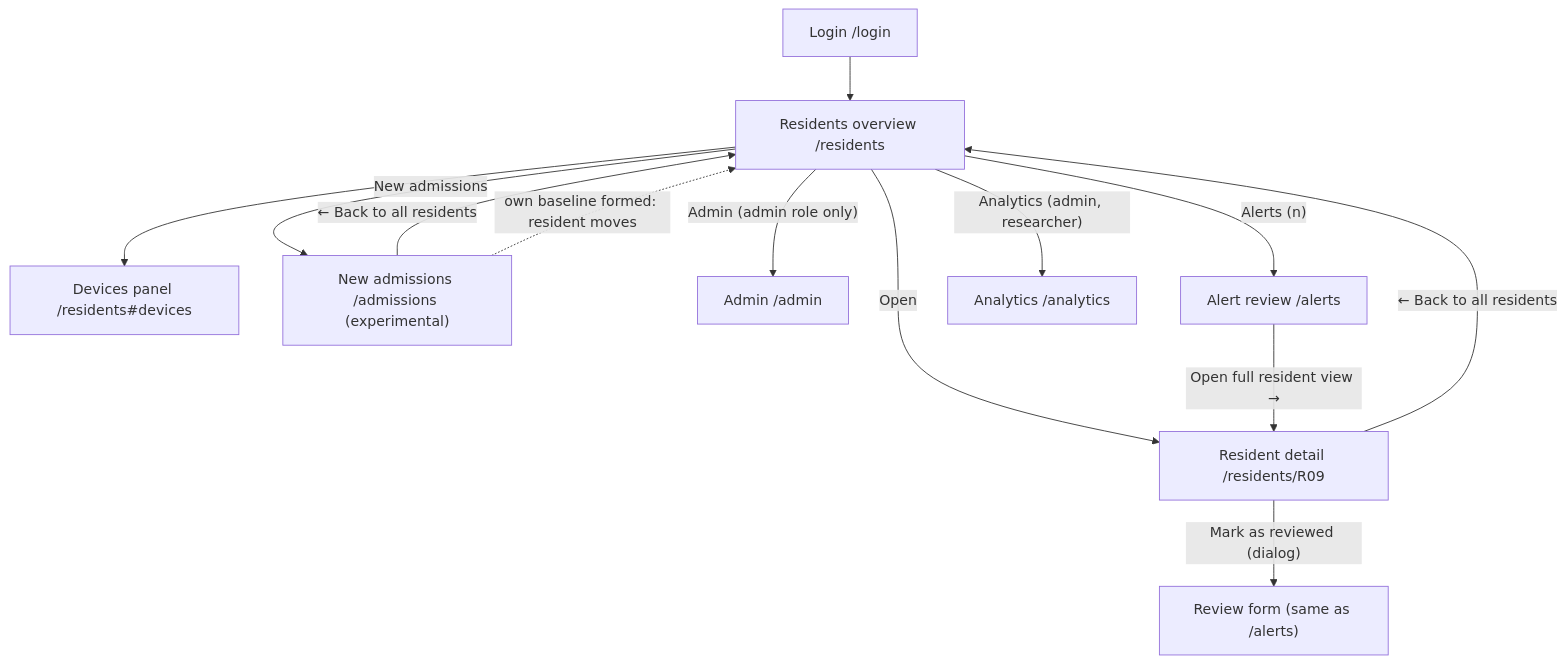
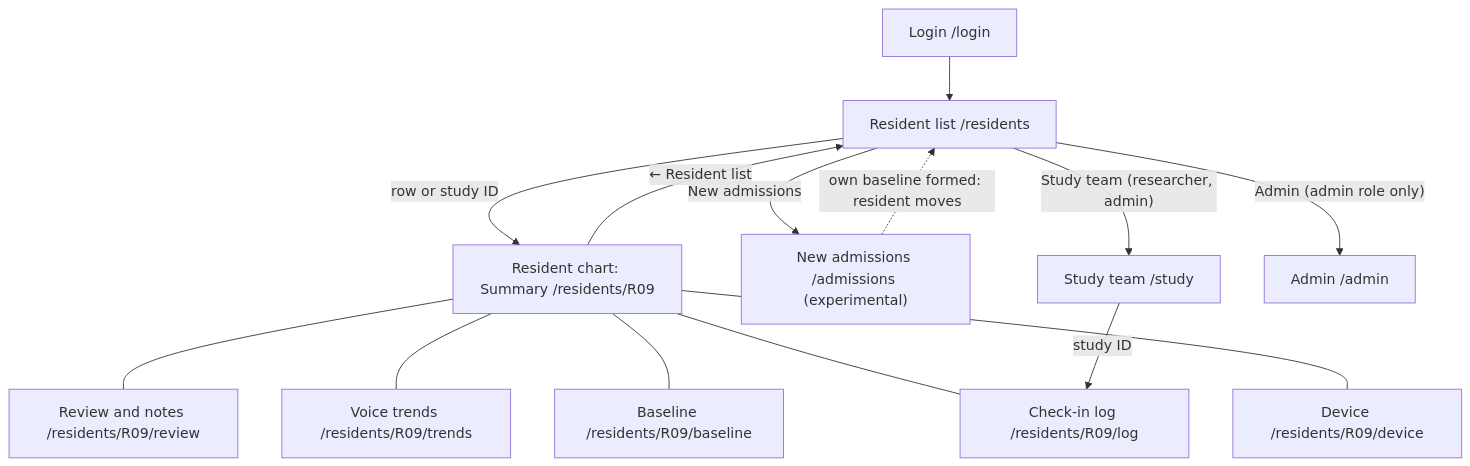
One commit to EchoWellApp/echowell changed the diagram in specs/TRD/11_User_Interface_UX_Spec.md. Above: the diagram before and after it, drawn with Mermaid. The commit also changed other lines of this file and 8 other files, not shown here.

````diff
--- a/specs/TRD/11_User_Interface_UX_Spec.md
+++ b/specs/TRD/11_User_Interface_UX_Spec.md
@@ -58,15 +58,16 @@
 ```mermaid
 flowchart TD
-  L["Login /login"] --> O["Residents overview /residents"]
-  O --> DV["Devices panel /residents#devices"]
-  O -->|"Open"| RD["Resident detail /residents/R09"]
-  RD -->|"← Back to all residents"| O
-  O -->|"New admissions"| NA["New admissions /admissions (experimental)"]
-  NA -->|"← Back to all residents"| O
-  O -->|"Admin (admin role only)"| AD["Admin /admin"]
-  NA -. "own baseline formed: resident moves" .-> O
-  O -->|"Alerts (n)"| AL["Alert review /alerts"]
-  AL -->|"Open full resident view →"| RD
-  RD -->|"Mark as reviewed (dialog)"| RV["Review form (same as /alerts)"]
-  O -->|"Analytics (admin, researcher)"| AN["Analytics /analytics"]
+  L["Login /login"] --> RL["Resident list /residents"]
+  RL -->|"row or study ID"| CS["Resident chart: Summary /residents/R09"]
+  CS --- CR["Review and notes /residents/R09/review"]
+  CS --- CT["Voice trends /residents/R09/trends"]
+  CS --- CB["Baseline /residents/R09/baseline"]
+  CS --- CL["Check-in log /residents/R09/log"]
+  CS --- CD["Device /residents/R09/device"]
+  CS -->|"← Resident list"| RL
+  RL -->|"New admissions"| NA["New admissions /admissions (experimental)"]
+  NA -. "own baseline formed: resident moves" .-> RL
+  RL -->|"Study team (researcher, admin)"| ST["Study team /study"]
+  ST -->|"study ID"| CL
+  RL -->|"Admin (admin role only)"| AD["Admin /admin"]
 ```
````
